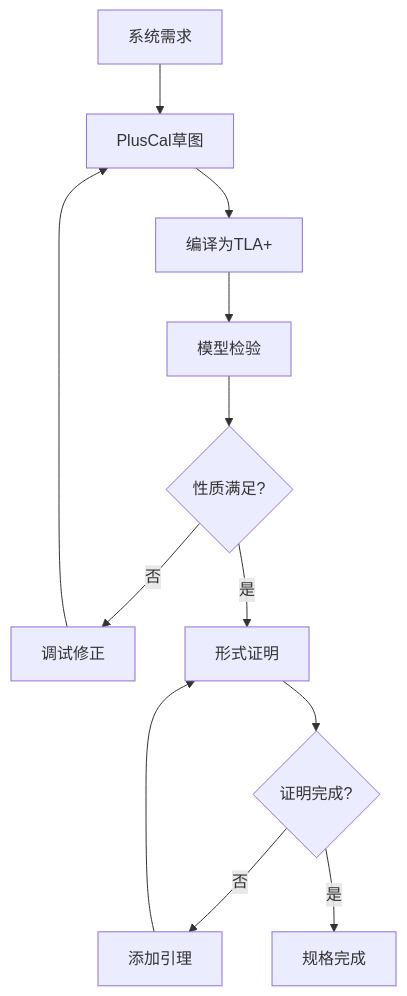
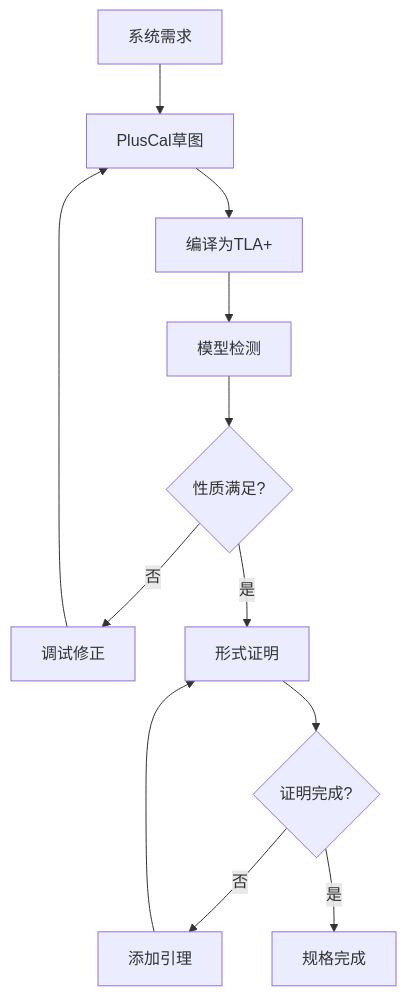
The second of 5 diagrams in formal-methods/06-tools/academic/04-tla-toolbox.md (AdaMartin18010/AnalysisDataFlow), drawn with Mermaid before and after one commit. The commit also changed other lines of this file and 129 other files, not shown here.

````diff
--- a/formal-methods/06-tools/academic/04-tla-toolbox.md
+++ b/formal-methods/06-tools/academic/04-tla-toolbox.md
@@ -140,14 +140,14 @@
 ```mermaid
 flowchart TD
     A[系统需求] --> B[PlusCal草图]
     B --> C[编译为TLA+]
-    C --> D[模型检验]
+    C --> D[模型检测]
     D --> E{性质满足?}
     E -->|否| F[调试修正]
     F --> B
     E -->|是| G[形式证明]
     G --> H{证明完成?}
     H -->|否| I[添加引理]
     I --> G
     H -->|是| J[规格完成]
 ```
````
